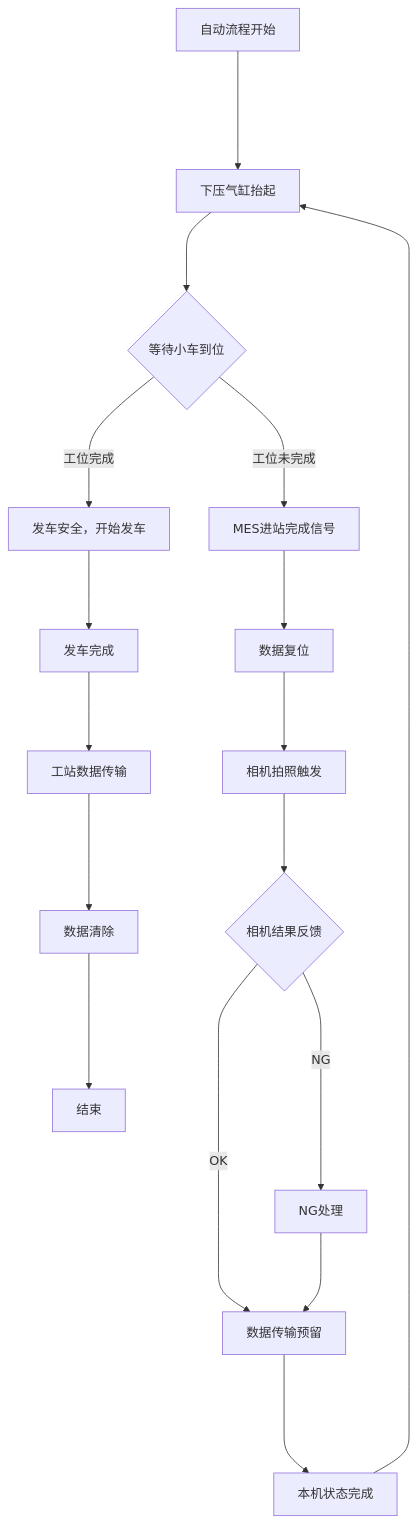
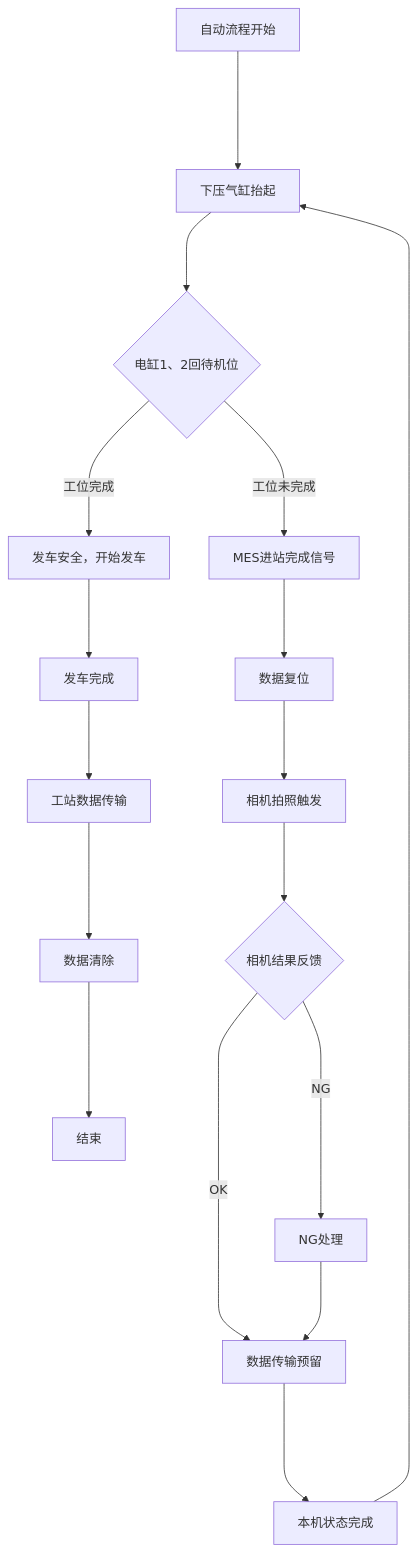
Before and after one commit to zmq000/iodraw-files: the diagram in all/OP80穿端子1.md, drawn with Mermaid.

Commit message:
2026-06-17 19:17:19 update

````diff
--- a/all/OP80穿端子1.md
+++ b/all/OP80穿端子1.md
@@ -1,20 +1,20 @@
 ```mermaid
 graph TD
 自动流程开始---->10
 10[下压气缸抬起]--->20
-20{等待小车到位}--->|工位未完成|100
+20{电缸1、2回待机位}--->|工位未完成|100
 20--->|工位完成|200
 100[MES进站完成信号]--->110
 110[数据复位]--->120
 120[相机拍照触发]--->130
 130{相机结果反馈}--->|OK|150
 130---->|NG|140
 140[NG处理]--->150
 150[数据传输预留]---->160
 160[本机状态完成]--->10
 200[发车安全，开始发车]--->210
 210[发车完成]--->220
 220[工站数据传输]--->230
 230[数据清除]--->240
 240[结束]
 ```
````
